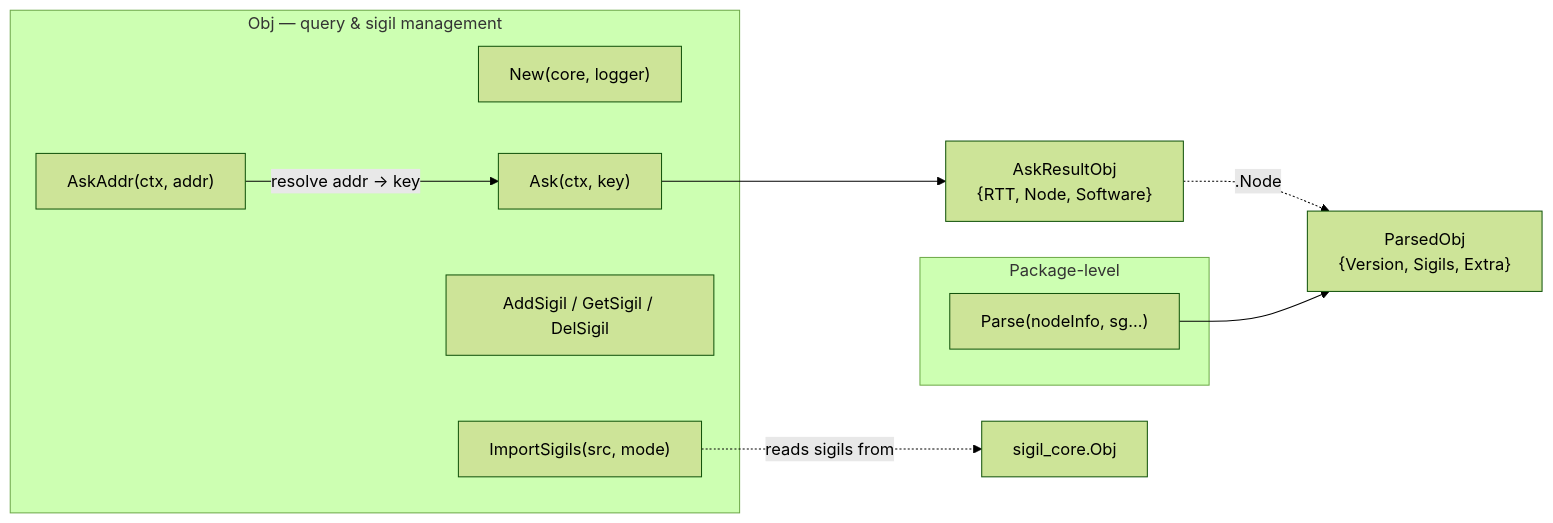
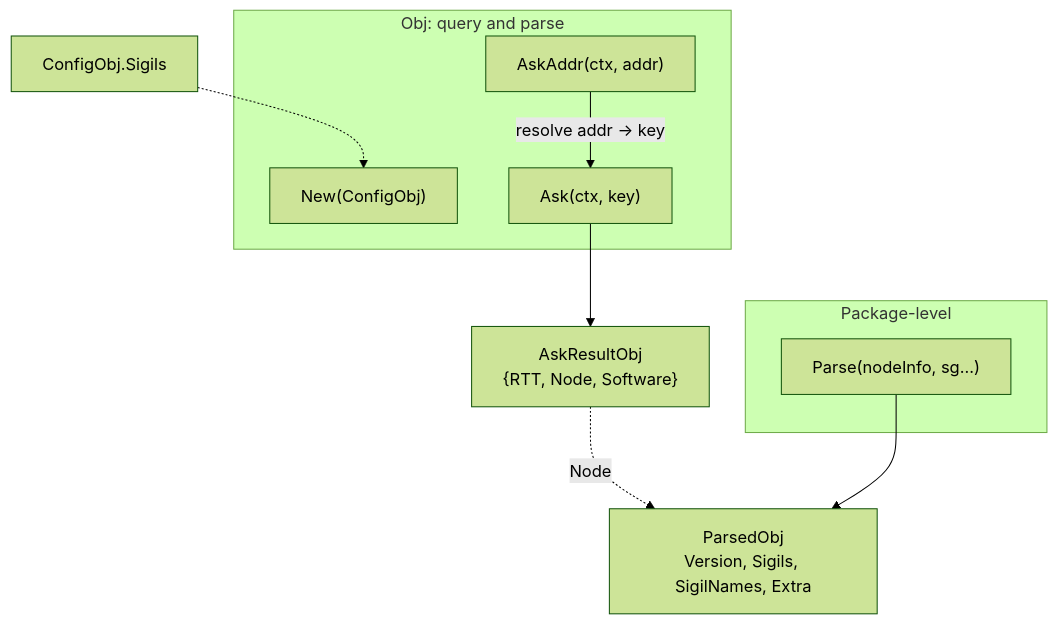
The first of 2 diagrams in mod/ninfo/README.md (voluminor/ratatoskr), drawn with Mermaid (forest theme) before and after one commit. The commit also changed other lines of this file and 273 other files, not shown here.

````diff
--- a/mod/ninfo/README.md
+++ b/mod/ninfo/README.md
@@ -29,21 +33,19 @@
 ```mermaid
-flowchart LR
-    subgraph Obj["Obj — query & sigil management"]
-        New["New(core, logger)"]
+flowchart TD
+    subgraph Obj["Obj: query and parse"]
+        New["New(ConfigObj)"]
         AskAddr["AskAddr(ctx, addr)"]
         Ask["Ask(ctx, key)"]
-        AddSigil["AddSigil / GetSigil / DelSigil"]
-        ImportSigils["ImportSigils(src, mode)"]
     end
 
     subgraph Free["Package-level"]
         Parse["Parse(nodeInfo, sg...)"]
     end
 
     AskAddr -->|"resolve addr → key"| Ask
     Ask --> AskResult["AskResultObj\n{RTT, Node, Software}"]
-  AskResult -.->|" .Node "| ParsedObj["ParsedObj\n{Version, Sigils, Extra}"]
-  ImportSigils -.->|" reads sigils from "| SC["sigil_core.Obj"]
+    AskResult -.->|"Node"| ParsedObj["ParsedObj<br/>Version, Sigils, SigilNames, Extra"]
+    ConfigSigils["ConfigObj.Sigils"] -.-> New
 
     Parse --> ParsedObj
 ```
````
